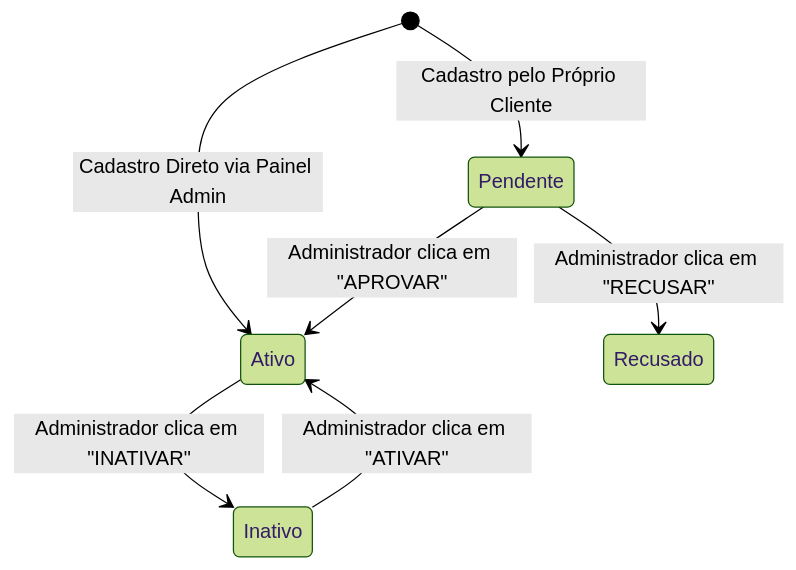
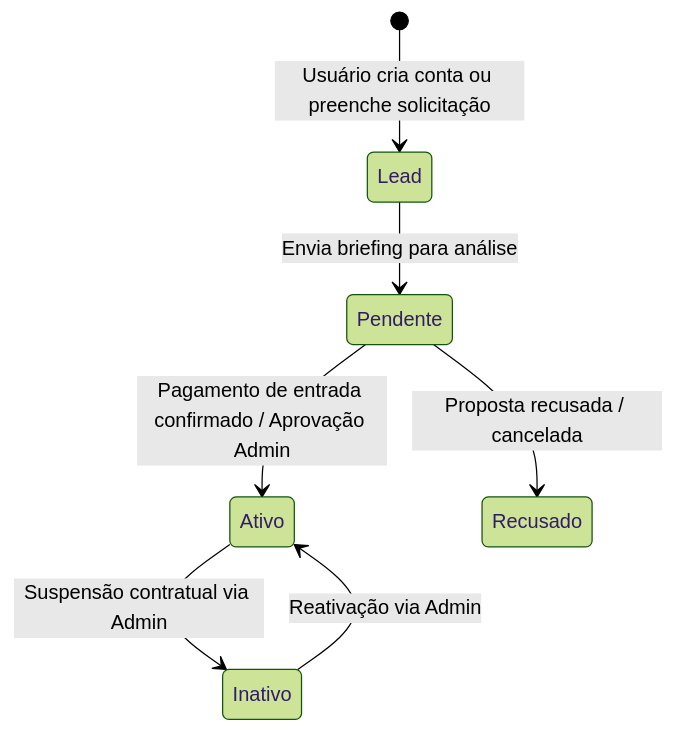
Before and after one commit to wlidemberg/automation-test: the first of 2 diagrams in documentacao/arquitetura_backend.md, drawn with Mermaid (forest theme). The commit also changed other lines of this file and 13 other files, not shown here.

Commit message:
feat(admin): atualiza documentacao do backend e sincroniza tipos com schema v2 unificado

````diff
--- a/documentacao/arquitetura_backend.md
+++ b/documentacao/arquitetura_backend.md
@@ -49,9 +50,9 @@
 ```mermaid
 stateDiagram-v2
-    [*] --> Pendente: Cadastro pelo Próprio Cliente
-    [*] --> Ativo: Cadastro Direto via Painel Admin
-    Pendente --> Ativo: Administrador clica em "APROVAR"
-    Pendente --> Recusado: Administrador clica em "RECUSAR"
-    Ativo --> Inativo: Administrador clica em "INATIVAR"
-    Inativo --> Ativo: Administrador clica em "ATIVAR"
+    [*] --> Lead: Usuário cria conta ou preenche solicitação
+    Lead --> Pendente: Envia briefing para análise
+    Pendente --> Ativo: Pagamento de entrada confirmado / Aprovação Admin
+    Pendente --> Recusado: Proposta recusada / cancelada
+    Ativo --> Inativo: Suspensão contratual via Admin
+    Inativo --> Ativo: Reativação via Admin
 ```
````
